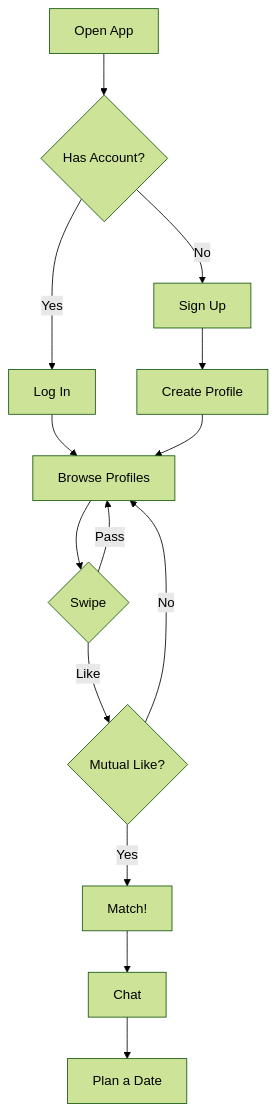
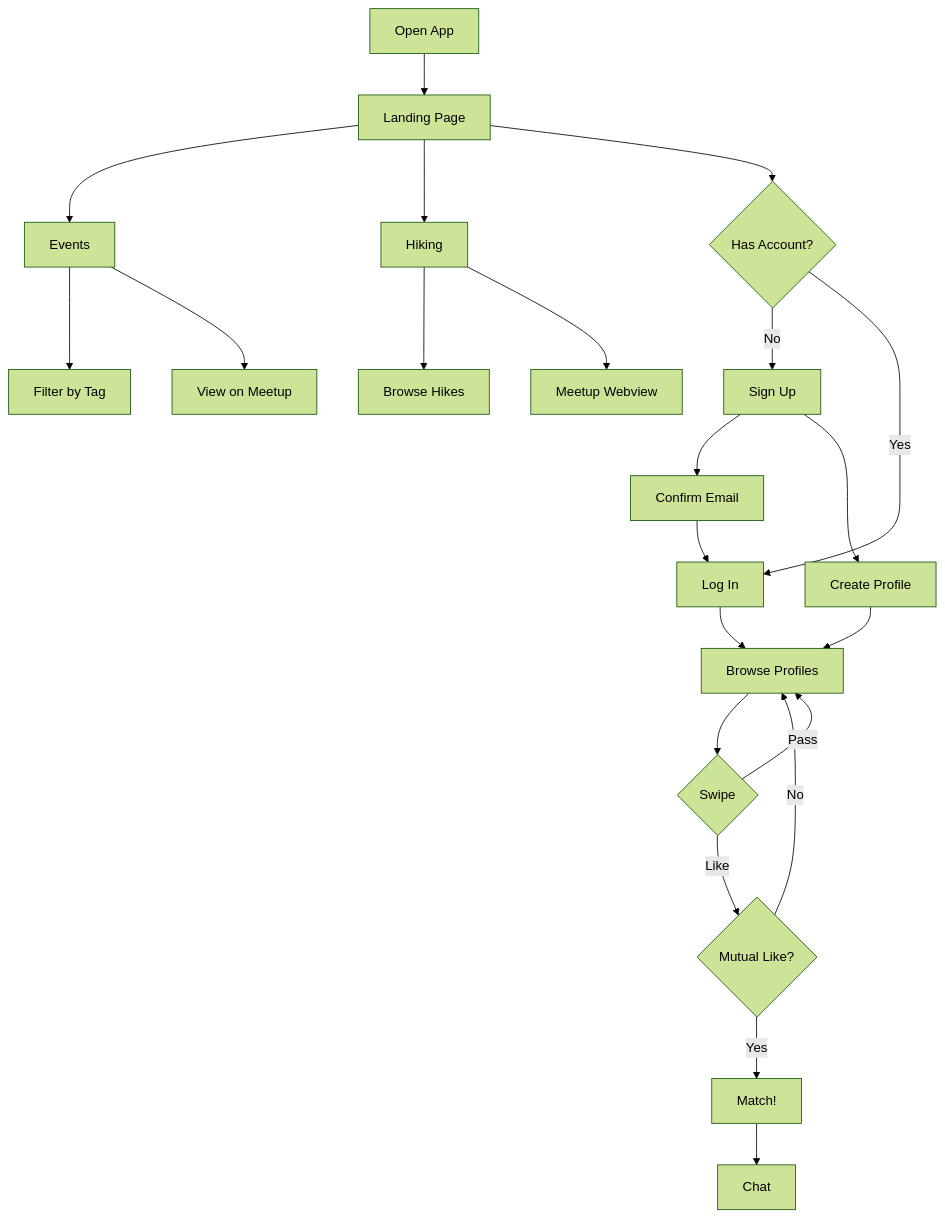
The second of 2 diagrams in docs/use-cases.md (rajeshkr2016/bkb-app), drawn with Mermaid (forest theme) before and after one commit. The commit also changed other lines of this file and 29 other files, not shown here.

````diff
--- a/docs/use-cases.md
+++ b/docs/use-cases.md
@@ -71,19 +156,30 @@
 ```mermaid
 flowchart TD
-    A[Open App] --> B{Has Account?}
+    A[Open App] --> L[Landing Page]
+    L --> E[Events]
+    L --> H[Hiking]
+    L --> B{Has Account?}
+
     B -- No --> C[Sign Up]
     B -- Yes --> D[Log In]
-    C --> E[Create Profile]
+    C --> CF[Confirm Email]
+    CF --> D
     D --> F[Browse Profiles]
-    E --> F
+    C --> EP[Create Profile]
+    EP --> F
 
     F --> G{Swipe}
-    G -- Like --> H{Mutual Like?}
+    G -- Like --> MU{Mutual Like?}
     G -- Pass --> F
 
-    H -- Yes --> I[Match!]
-    H -- No --> F
+    MU -- Yes --> I[Match!]
+    MU -- No --> F
 
     I --> J[Chat]
-    J --> K[Plan a Date]
+
+    E --> EF[Filter by Tag]
+    E --> EM[View on Meetup]
+
+    H --> HE[Browse Hikes]
+    H --> HM[Meetup Webview]
 ```
````
